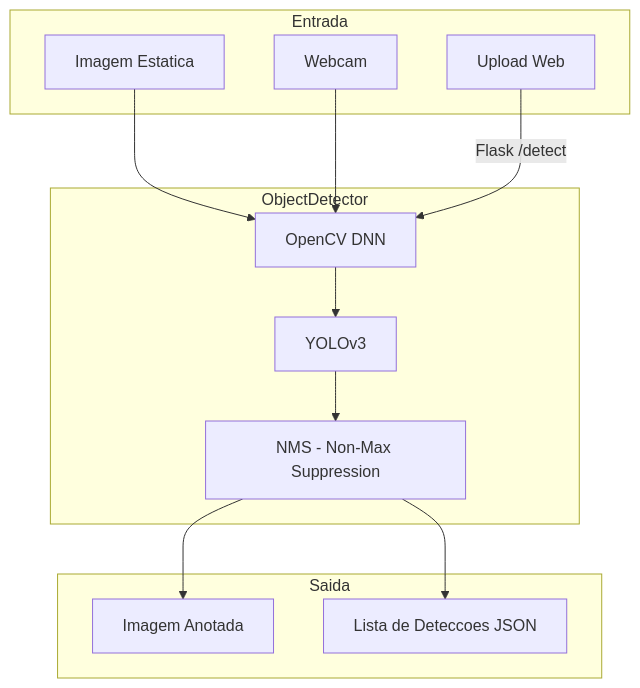
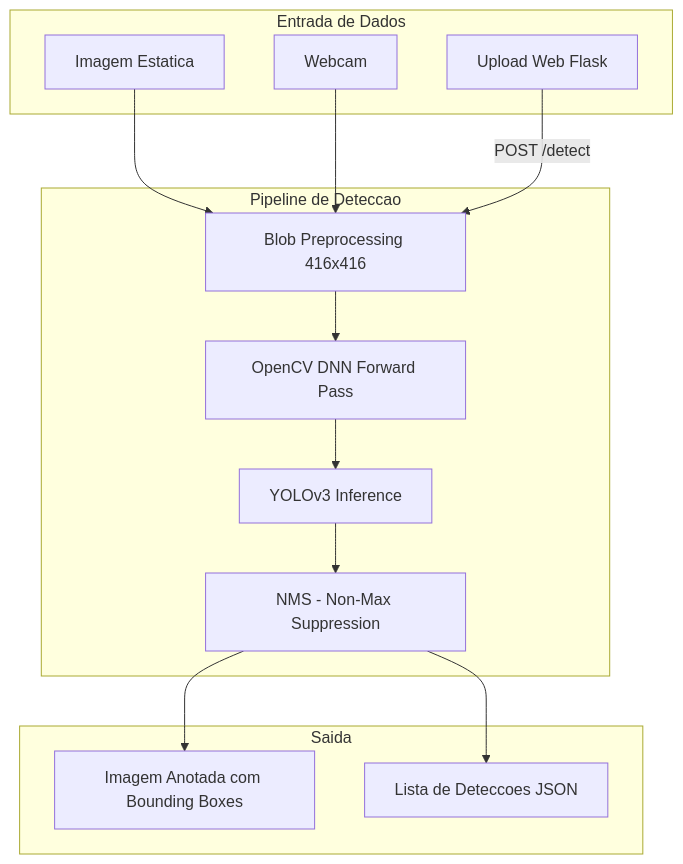
Before and after one commit to galafis/Computer-Vision-Object-Detection: the first of 2 diagrams in README.md, drawn with Mermaid. The commit also changed other lines of this file and 1 other file, not shown here.

````diff
--- a/README.md
+++ b/README.md
@@ -25,26 +40,27 @@
 ```mermaid
-graph TB
-    subgraph Entrada["Entrada"]
+graph TD
+    subgraph Entrada["Entrada de Dados"]
         A[Imagem Estatica]
         B[Webcam]
-        C[Upload Web]
+        C[Upload Web Flask]
     end
 
-    subgraph Detector["ObjectDetector"]
-        D[OpenCV DNN]
-        E[YOLOv3]
-        F[NMS - Non-Max Suppression]
+    subgraph Pipeline["Pipeline de Deteccao"]
+        D[Blob Preprocessing 416x416]
+        E[OpenCV DNN Forward Pass]
+        F[YOLOv3 Inference]
+        G[NMS - Non-Max Suppression]
     end
 
     subgraph Saida["Saida"]
-        G[Imagem Anotada]
-        H[Lista de Deteccoes JSON]
+        H[Imagem Anotada com Bounding Boxes]
+        I[Lista de Deteccoes JSON]
     end
 
     A --> D
     B --> D
-    C -->|Flask /detect| D
-    D --> E --> F
-    F --> G
-    F --> H
+    C -->|POST /detect| D
+    D --> E --> F --> G
+    G --> H
+    G --> I
 ```
````
